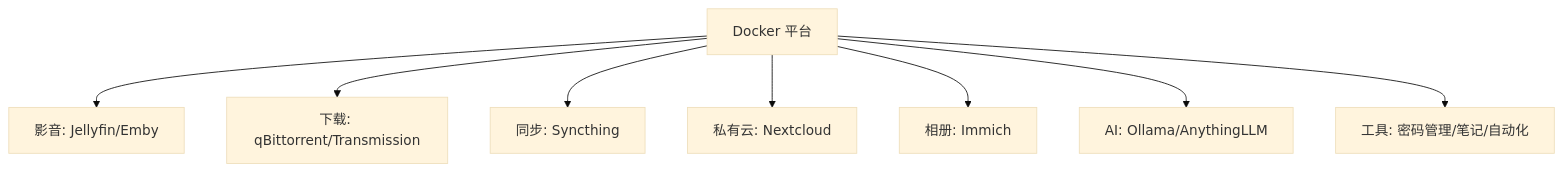
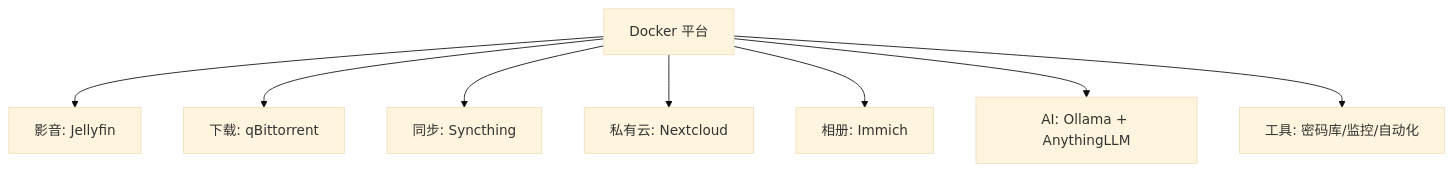
One commit to cv-superding/nas-guide changed the diagram in docs/07-应用服务/README.md. Above: the diagram before and after it, drawn with Mermaid (base theme). The commit also changed other lines of this file and 1 other file, not shown here.

First line of the commit message:
docs(重构): 重写第6、7章概览,加入配图与社区来源

````diff
--- a/docs/07-应用服务/README.md
+++ b/docs/07-应用服务/README.md
@@ -33,10 +19,10 @@
 ```mermaid
 flowchart TB
-    A[Docker 平台] --> B[影音: Jellyfin/Emby]
-    A --> C[下载: qBittorrent/Transmission]
+    A[Docker 平台] --> B[影音: Jellyfin]
+    A --> C[下载: qBittorrent]
     A --> D[同步: Syncthing]
     A --> E[私有云: Nextcloud]
     A --> F[相册: Immich]
-    A --> G[AI: Ollama/AnythingLLM]
-    A --> H[工具: 密码管理/笔记/自动化]
+    A --> G[AI: Ollama + AnythingLLM]
+    A --> H[工具: 密码库/监控/自动化]
 ```
````
